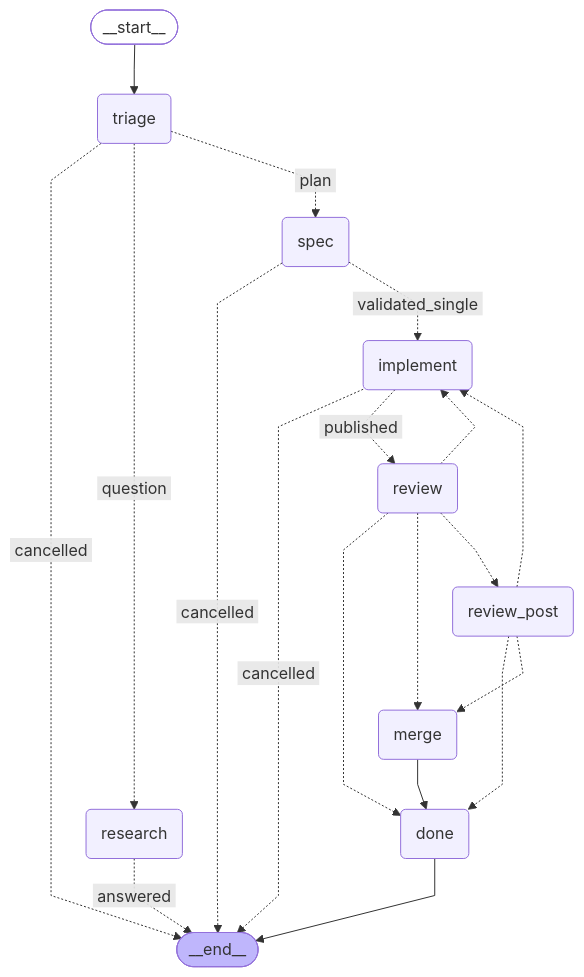
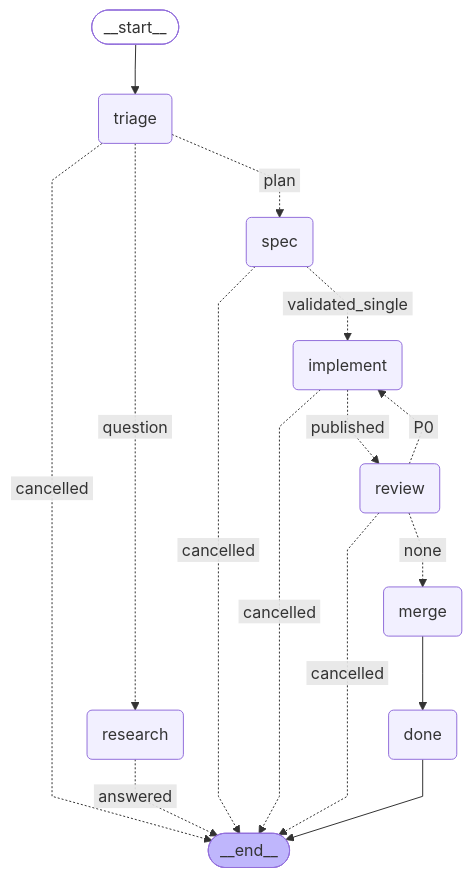
The diagram in docs/graph/delivery.mmd (bookout-labs/tools), drawn with Mermaid before and after one commit. The commit also changed 12 other files, not shown here.

Commit message:
Extract Review into the drawn inspect, post and route steps (#237 part 1)

```diff
--- a/docs/graph/delivery.mmd
+++ b/docs/graph/delivery.mmd
@@ -1,37 +1,32 @@
 ---
 config:
   flowchart:
     curve: linear
 ---
 graph TD;
 	__start__([<p>__start__</p>]):::first
 	triage(triage)
 	research(research)
 	spec(spec)
 	implement(implement)
 	review(review)
-	review_post(review_post)
 	merge(merge)
 	done(done)
 	__end__([<p>__end__</p>]):::last
 	__start__ --> triage;
 	implement -. &nbsp;cancelled&nbsp; .-> __end__;
 	implement -. &nbsp;published&nbsp; .-> review;
 	merge --> done;
 	research -. &nbsp;answered&nbsp; .-> __end__;
-	review -.-> done;
-	review -.-> implement;
-	review -.-> merge;
-	review -.-> review_post;
-	review_post -.-> done;
-	review_post -.-> implement;
-	review_post -.-> merge;
+	review -. &nbsp;cancelled&nbsp; .-> __end__;
+	review -. &nbsp;P0&nbsp; .-> implement;
+	review -. &nbsp;none&nbsp; .-> merge;
 	spec -. &nbsp;cancelled&nbsp; .-> __end__;
 	spec -. &nbsp;validated_single&nbsp; .-> implement;
 	triage -. &nbsp;cancelled&nbsp; .-> __end__;
 	triage -. &nbsp;question&nbsp; .-> research;
 	triage -. &nbsp;plan&nbsp; .-> spec;
 	done --> __end__;
 	classDef default fill:#f2f0ff,line-height:1.2
 	classDef first fill-opacity:0
 	classDef last fill:#bfb6fc
```
